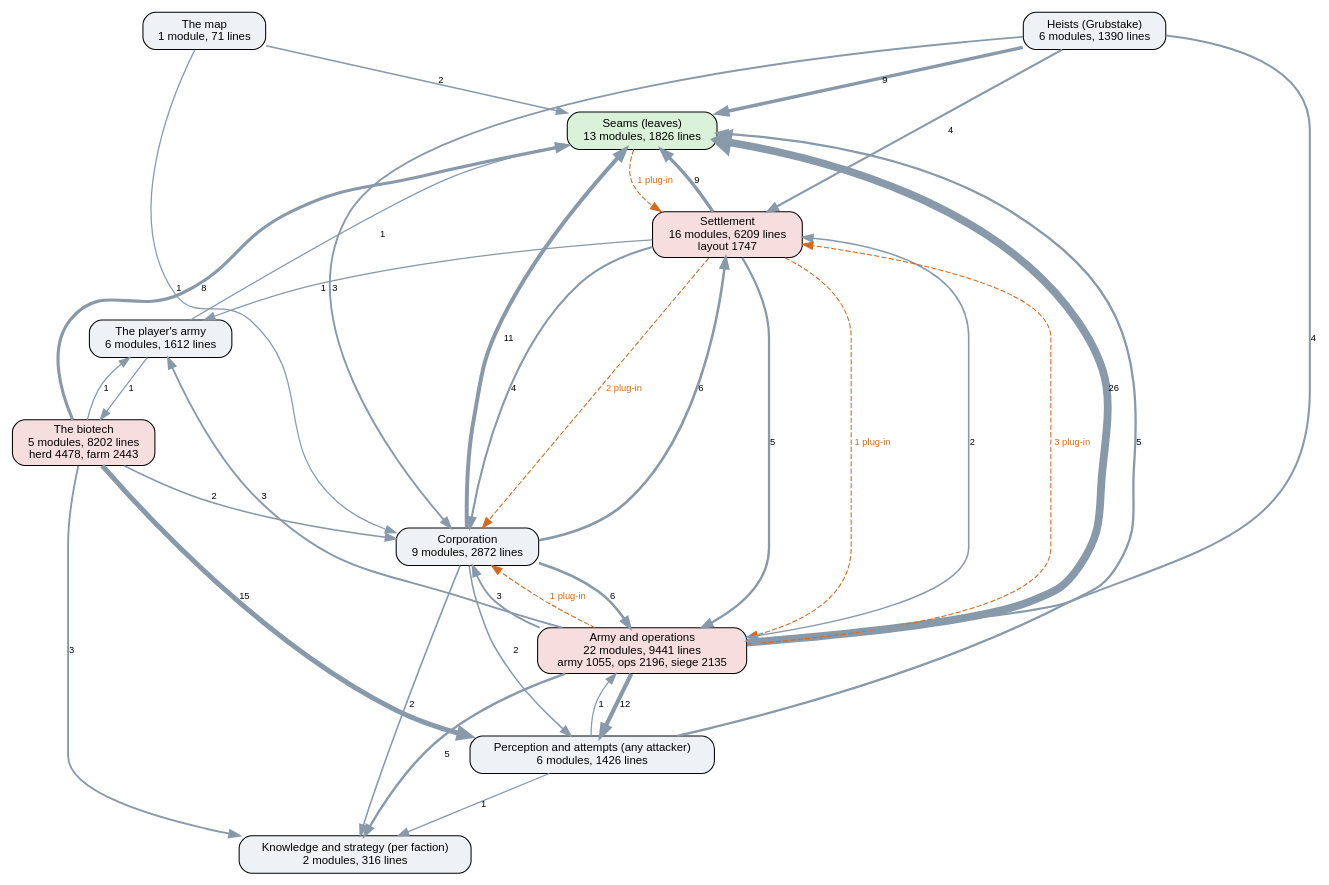
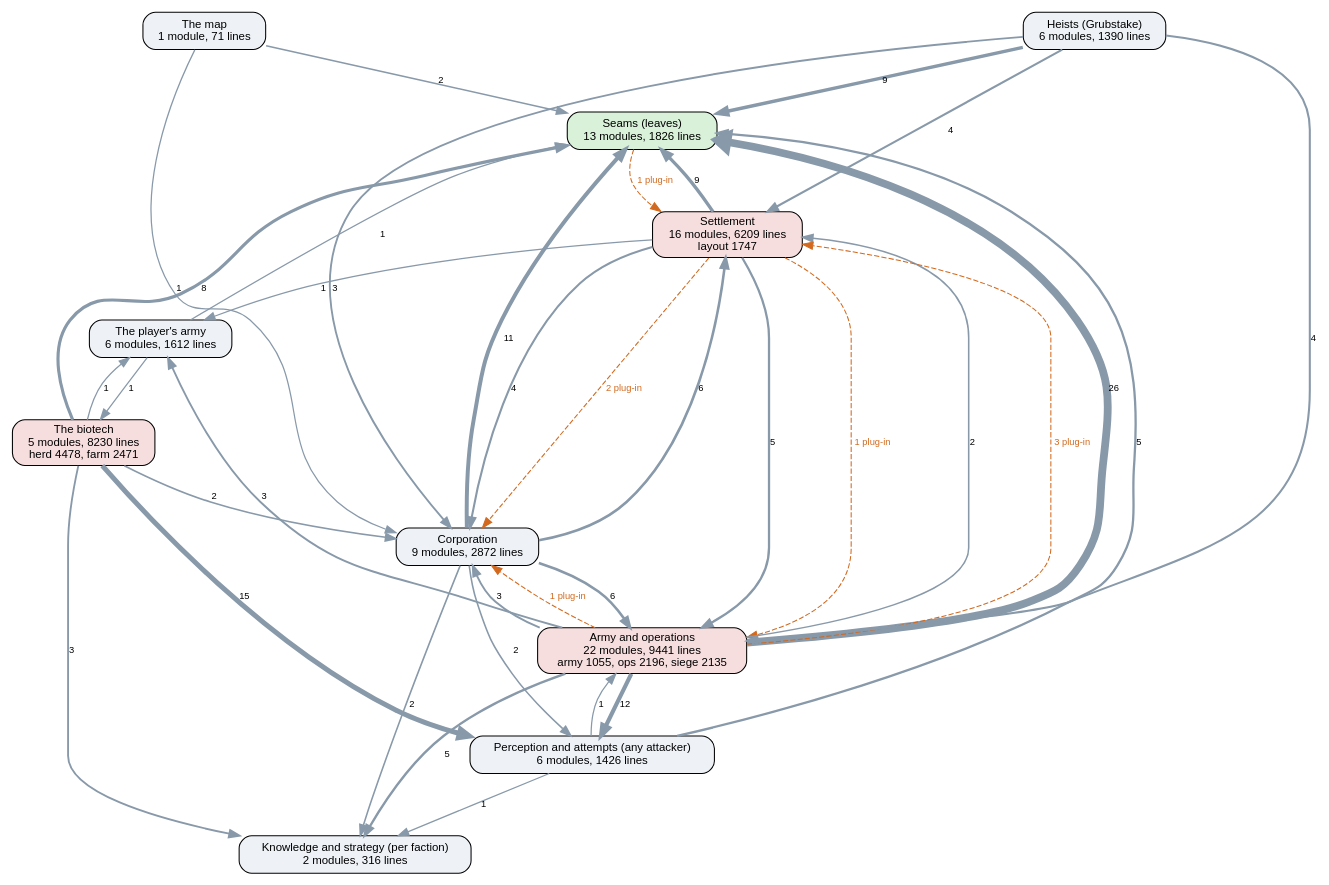
Before and after one commit to kinelhu/landing-party: the diagram in docs/ai-layers.dot, drawn with Graphviz. The commit also changed 10 other files, not shown here.

```diff
--- a/docs/ai-layers.dot
+++ b/docs/ai-layers.dot
@@ -1,51 +1,51 @@
 digraph layers {
   graph [rankdir=TB, fontname="Helvetica", nodesep=0.5, ranksep=0.7];
   node [shape=box, style="rounded,filled", fontname="Helvetica", fontsize=11, fillcolor="#eef2f7"];
   edge [color="#8899aa", fontname="Helvetica", fontsize=9];
   "Seams (leaves)" [label="Seams (leaves)\n13 modules, 1826 lines", fillcolor="#d9f0d9"];
   "Perception and attempts (any attacker)" [label="Perception and attempts (any attacker)\n6 modules, 1426 lines", fillcolor="#eef2f7"];
   "Knowledge and strategy (per faction)" [label="Knowledge and strategy (per faction)\n2 modules, 316 lines", fillcolor="#eef2f7"];
   "Corporation" [label="Corporation\n9 modules, 2872 lines", fillcolor="#eef2f7"];
   "Settlement" [label="Settlement\n16 modules, 6209 lines\nlayout 1747", fillcolor="#f7dede"];
   "Army and operations" [label="Army and operations\n22 modules, 9441 lines\narmy 1055, ops 2196, siege 2135", fillcolor="#f7dede"];
   "Heists (Grubstake)" [label="Heists (Grubstake)\n6 modules, 1390 lines", fillcolor="#eef2f7"];
-  "The biotech" [label="The biotech\n5 modules, 8202 lines\nherd 4478, farm 2443", fillcolor="#f7dede"];
+  "The biotech" [label="The biotech\n5 modules, 8230 lines\nherd 4478, farm 2471", fillcolor="#f7dede"];
   "The map" [label="The map\n1 module, 71 lines", fillcolor="#eef2f7"];
   "The player's army" [label="The player's army\n6 modules, 1612 lines", fillcolor="#eef2f7"];
   "Army and operations" -> "Corporation" [label="3", penwidth=1.8];
   "Army and operations" -> "Knowledge and strategy (per faction)" [label="5", penwidth=2.2];
   "Army and operations" -> "Perception and attempts (any attacker)" [label="12", penwidth=4.0];
   "Army and operations" -> "Seams (leaves)" [label="26", penwidth=7.5];
   "Army and operations" -> "Settlement" [label="2", penwidth=1.5];
   "Army and operations" -> "The player's army" [label="3", penwidth=1.8];
   "Corporation" -> "Army and operations" [label="6", penwidth=2.5];
   "Corporation" -> "Knowledge and strategy (per faction)" [label="2", penwidth=1.5];
   "Corporation" -> "Perception and attempts (any attacker)" [label="2", penwidth=1.5];
   "Corporation" -> "Seams (leaves)" [label="11", penwidth=3.8];
   "Corporation" -> "Settlement" [label="6", penwidth=2.5];
   "Heists (Grubstake)" -> "Army and operations" [label="4", penwidth=2.0];
   "Heists (Grubstake)" -> "Corporation" [label="3", penwidth=1.8];
   "Heists (Grubstake)" -> "Seams (leaves)" [label="9", penwidth=3.2];
   "Heists (Grubstake)" -> "Settlement" [label="4", penwidth=2.0];
   "Perception and attempts (any attacker)" -> "Army and operations" [label="1", penwidth=1.2];
   "Perception and attempts (any attacker)" -> "Knowledge and strategy (per faction)" [label="1", penwidth=1.2];
   "Perception and attempts (any attacker)" -> "Seams (leaves)" [label="5", penwidth=2.2];
   "Settlement" -> "Army and operations" [label="5", penwidth=2.2];
   "Settlement" -> "Corporation" [label="4", penwidth=2.0];
   "Settlement" -> "Seams (leaves)" [label="9", penwidth=3.2];
   "Settlement" -> "The player's army" [label="1", penwidth=1.2];
   "The biotech" -> "Corporation" [label="2", penwidth=1.5];
   "The biotech" -> "Knowledge and strategy (per faction)" [label="3", penwidth=1.8];
   "The biotech" -> "Perception and attempts (any attacker)" [label="15", penwidth=4.8];
   "The biotech" -> "Seams (leaves)" [label="8", penwidth=3.0];
   "The biotech" -> "The player's army" [label="1", penwidth=1.2];
   "The map" -> "Corporation" [label="1", penwidth=1.2];
   "The map" -> "Seams (leaves)" [label="2", penwidth=1.5];
   "The player's army" -> "Seams (leaves)" [label="1", penwidth=1.2];
   "The player's army" -> "The biotech" [label="1", penwidth=1.2];
   "Army and operations" -> "Corporation" [style=dashed, color="#d2691e", fontcolor="#d2691e", label="1 plug-in"];
   "Army and operations" -> "Settlement" [style=dashed, color="#d2691e", fontcolor="#d2691e", label="3 plug-in"];
   "Seams (leaves)" -> "Settlement" [style=dashed, color="#d2691e", fontcolor="#d2691e", label="1 plug-in"];
   "Settlement" -> "Army and operations" [style=dashed, color="#d2691e", fontcolor="#d2691e", label="1 plug-in"];
   "Settlement" -> "Corporation" [style=dashed, color="#d2691e", fontcolor="#d2691e", label="2 plug-in"];
 }
```
